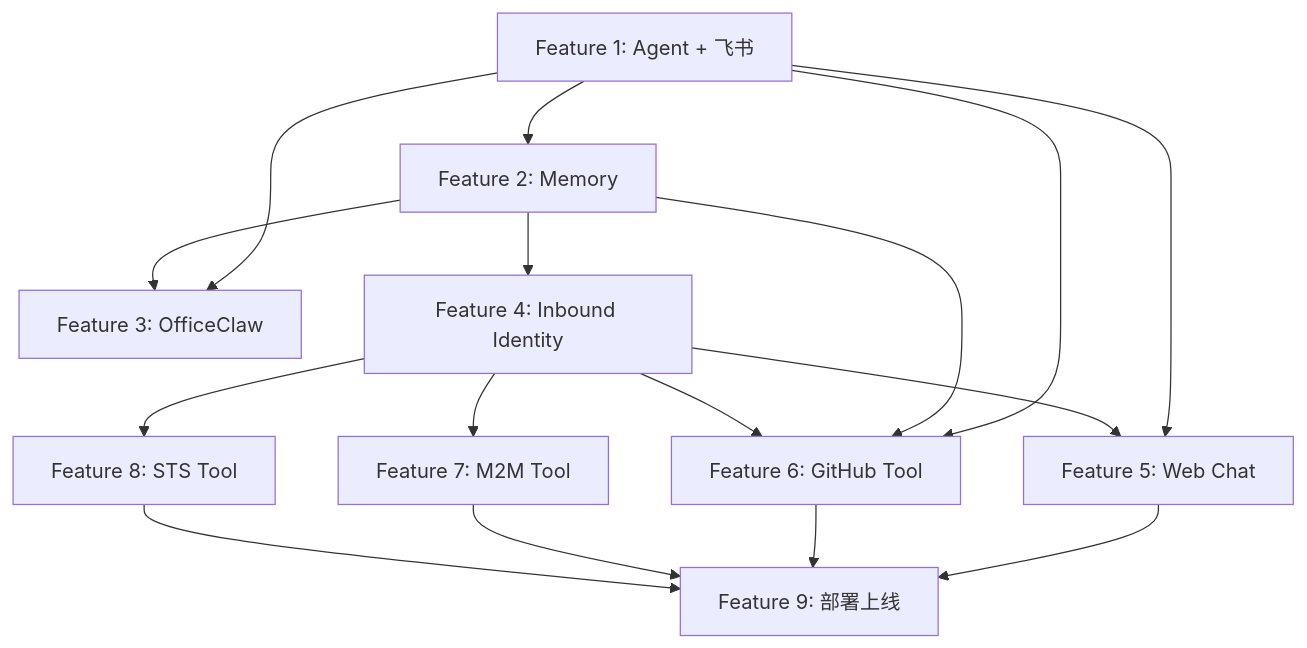
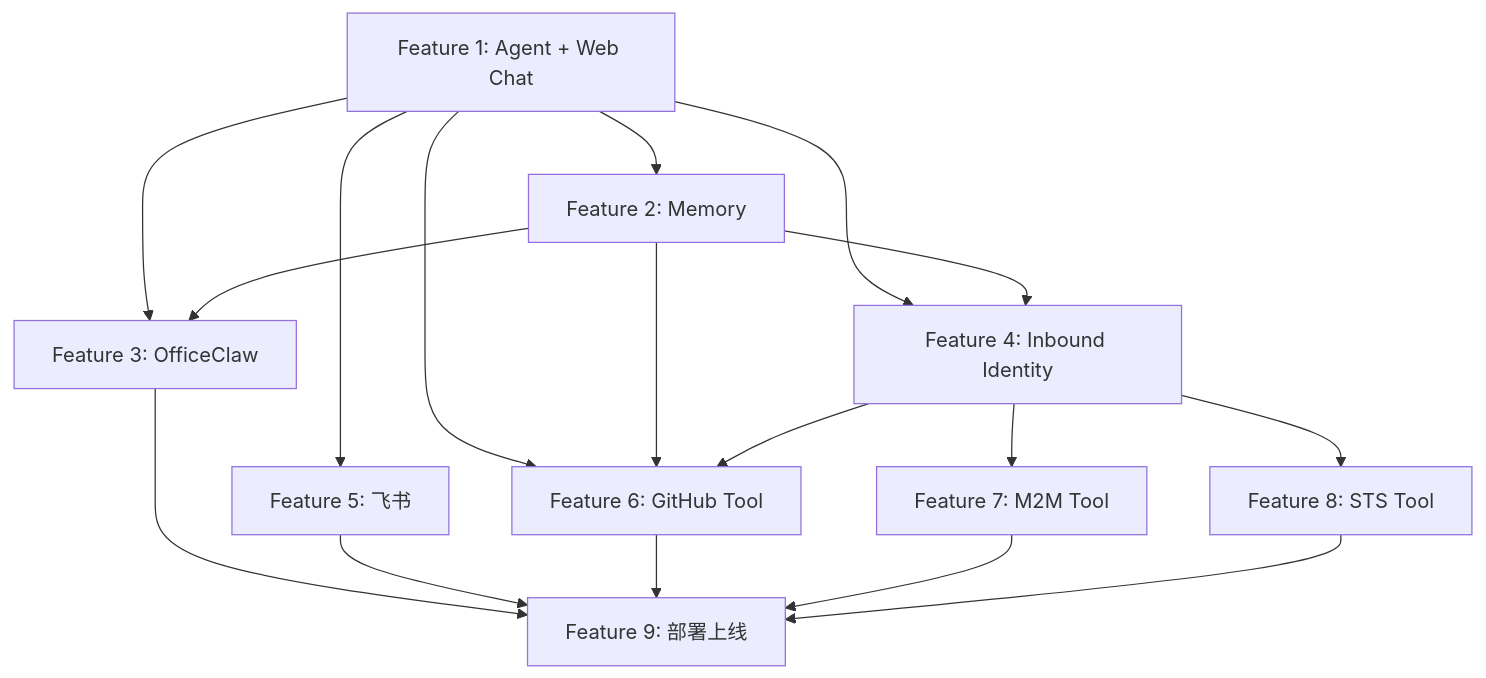
The diagram in personal-assistant-meta/issues/features/README.md (T-1009/personal-assistant), drawn with Mermaid before and after one commit. The commit also changed other lines of this file and 10 other files, not shown here.

First line of the commit message:
docs: swap Web Chat and Feishu channel implementation priority

````diff
--- a/personal-assistant-meta/issues/features/README.md
+++ b/personal-assistant-meta/issues/features/README.md
@@ -23,18 +23,19 @@
 ```mermaid
 flowchart TD
-    F1["Feature 1: Agent + 飞书"] --> F2["Feature 2: Memory"]
+    F1["Feature 1: Agent + Web Chat"] --> F2["Feature 2: Memory"]
     F1 --> F3["Feature 3: OfficeClaw"]
     F2 --> F3
-    F2 --> F4["Feature 4: Inbound Identity"]
-    F1 --> F5["Feature 5: Web Chat"]
-    F4 --> F5
+    F1 --> F4["Feature 4: Inbound Identity"]
+    F2 --> F4
+    F1 --> F5["Feature 5: 飞书"]
     F1 --> F6["Feature 6: GitHub Tool"]
     F2 --> F6
     F4 --> F6
     F4 --> F7["Feature 7: M2M Tool"]
     F4 --> F8["Feature 8: STS Tool"]
-    F5 --> F9["Feature 9: 部署上线"]
+    F3 --> F9["Feature 9: 部署上线"]
+    F5 --> F9
     F6 --> F9
     F7 --> F9
     F8 --> F9
 ```
````
